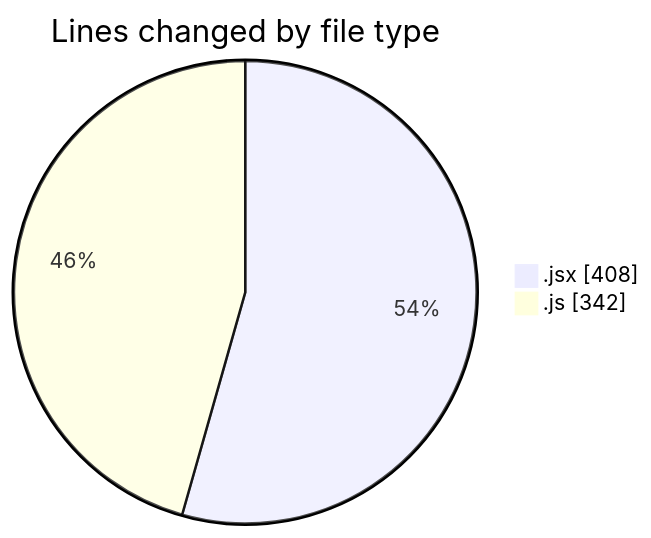
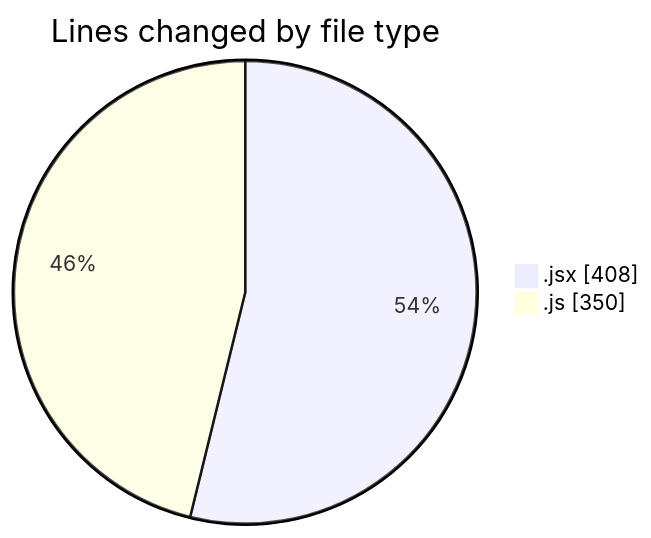
The first of 2 diagrams in 2025-06-27/nxtqube_webapp/README.md (nxtqubesakshisongat/code-tracking), drawn with Mermaid before and after one commit. The commit also changed other lines of this file and 1 other file, not shown here.

````diff
--- a/2025-06-27/nxtqube_webapp/README.md
+++ b/2025-06-27/nxtqube_webapp/README.md
@@ -21,6 +21,6 @@
 ```mermaid
 pie showData
 title Lines changed by file type
 ".jsx" : 408
-".js" : 342
+".js" : 350
 ```
````
